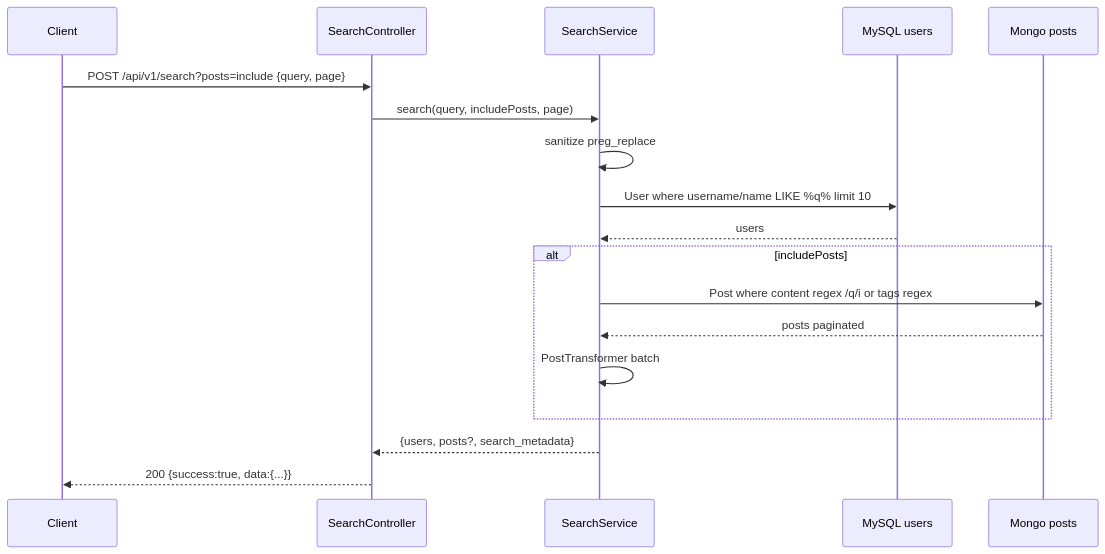
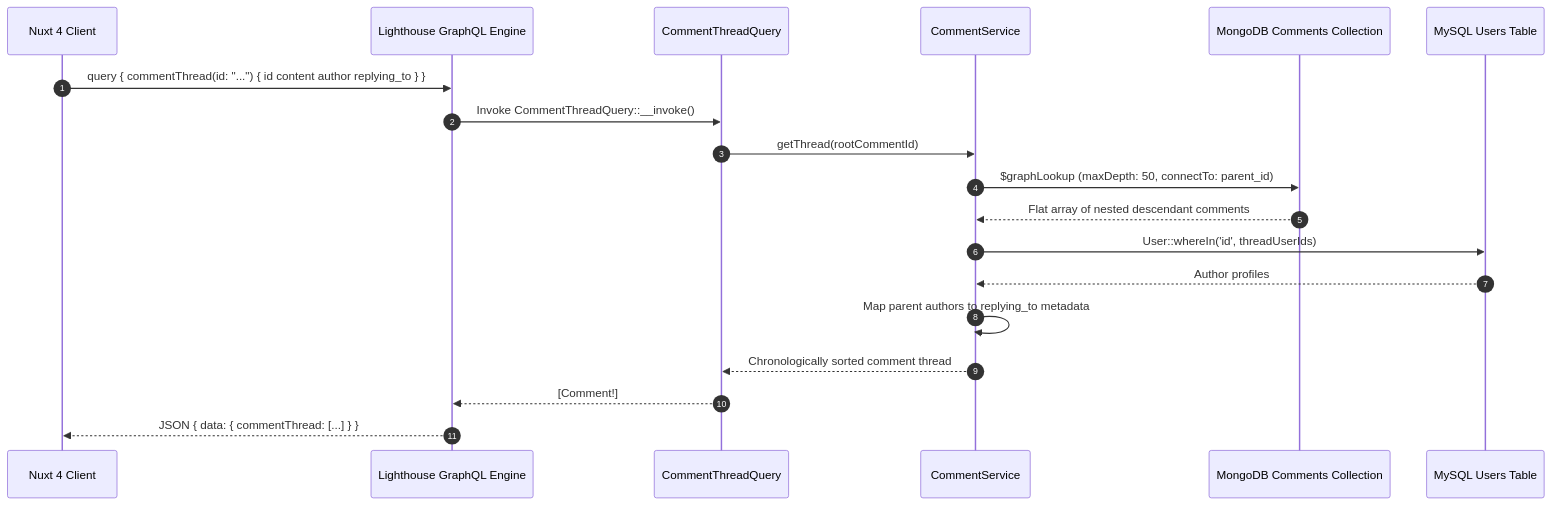
The fourth of 4 diagrams in docs/SSD.md (VenuxAK/Threads-API), drawn with Mermaid before and after one commit. The commit also changed other lines of this file and 5 other files, not shown here.

First line of the commit message:
docs: update API docs, ARCHITECTURE, and create comprehensive GraphQL handbook

````diff
--- a/docs/SSD.md
+++ b/docs/SSD.md
@@ -327,20 +120,22 @@
 ```mermaid
 sequenceDiagram
-    participant C as Client
-    participant SC as SearchController
-    participant SS as SearchService
-    participant MY as MySQL users
-    participant MO as Mongo posts
-    C->>SC: POST /api/v1/search?posts=include {query, page}
-    SC->>SS: search(query, includePosts, page)
-    SS->>SS: sanitize preg_replace
-    SS->>MY: User where username/name LIKE %q% limit 10
-    MY-->>SS: users
-    alt includePosts
-        SS->>MO: Post where content regex /q/i or tags regex
-        MO-->>SS: posts paginated
-        SS->>SS: PostTransformer batch
-    end
-    SS-->>SC: {users, posts?, search_metadata}
-    SC-->>C: 200 {success:true, data:{...}}
+    autonumber
+    participant Client as Nuxt 4 Client
+    participant LH as Lighthouse GraphQL Engine
+    participant CT as CommentThreadQuery
+    participant Service as CommentService
+    participant Mongo as MongoDB Comments Collection
+    participant MySQL as MySQL Users Table
+
+    Client->>LH: query { commentThread(id: "...") { id content author replying_to } }
+    LH->>CT: Invoke CommentThreadQuery::__invoke()
+    CT->>Service: getThread(rootCommentId)
+    Service->>Mongo: $graphLookup (maxDepth: 50, connectTo: parent_id)
+    Mongo-->>Service: Flat array of nested descendant comments
+    Service->>MySQL: User::whereIn('id', threadUserIds)
+    MySQL-->>Service: Author profiles
+    Service->>Service: Map parent authors to replying_to metadata
+    Service-->>CT: Chronologically sorted comment thread
+    CT-->>LH: [Comment!]
+    LH-->>Client: JSON { data: { commentThread: [...] } }
 ```
````
